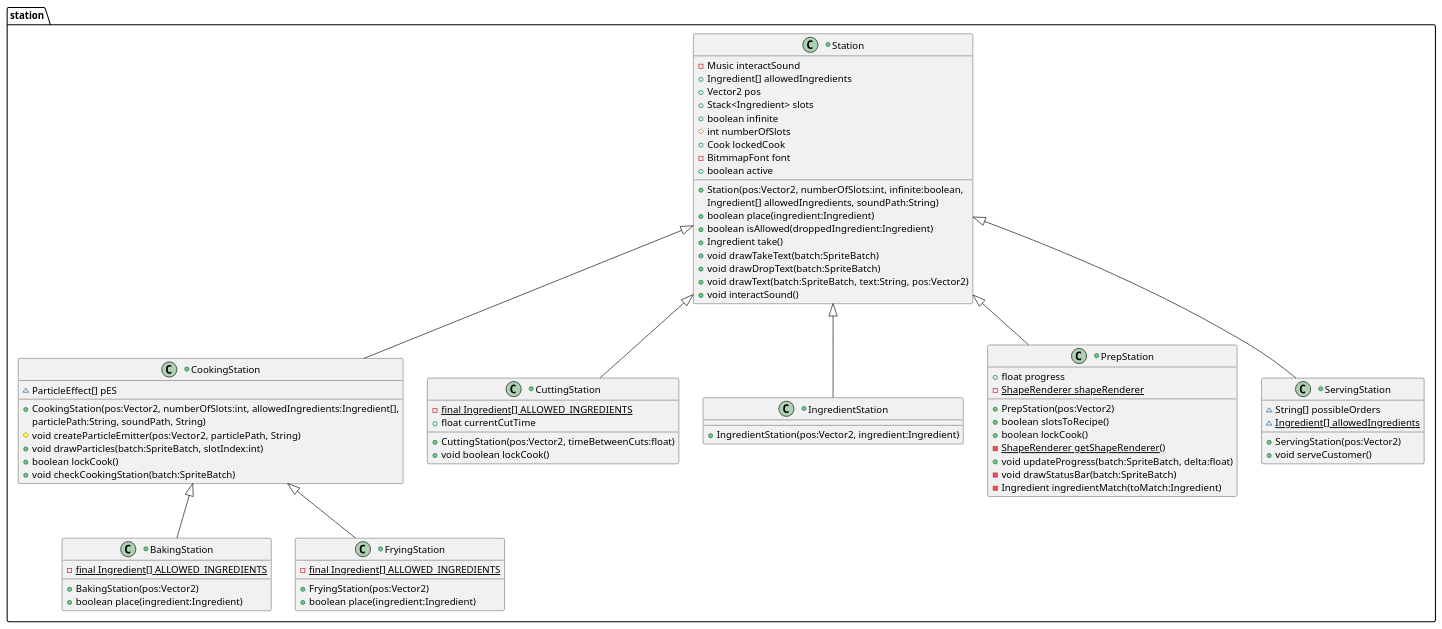
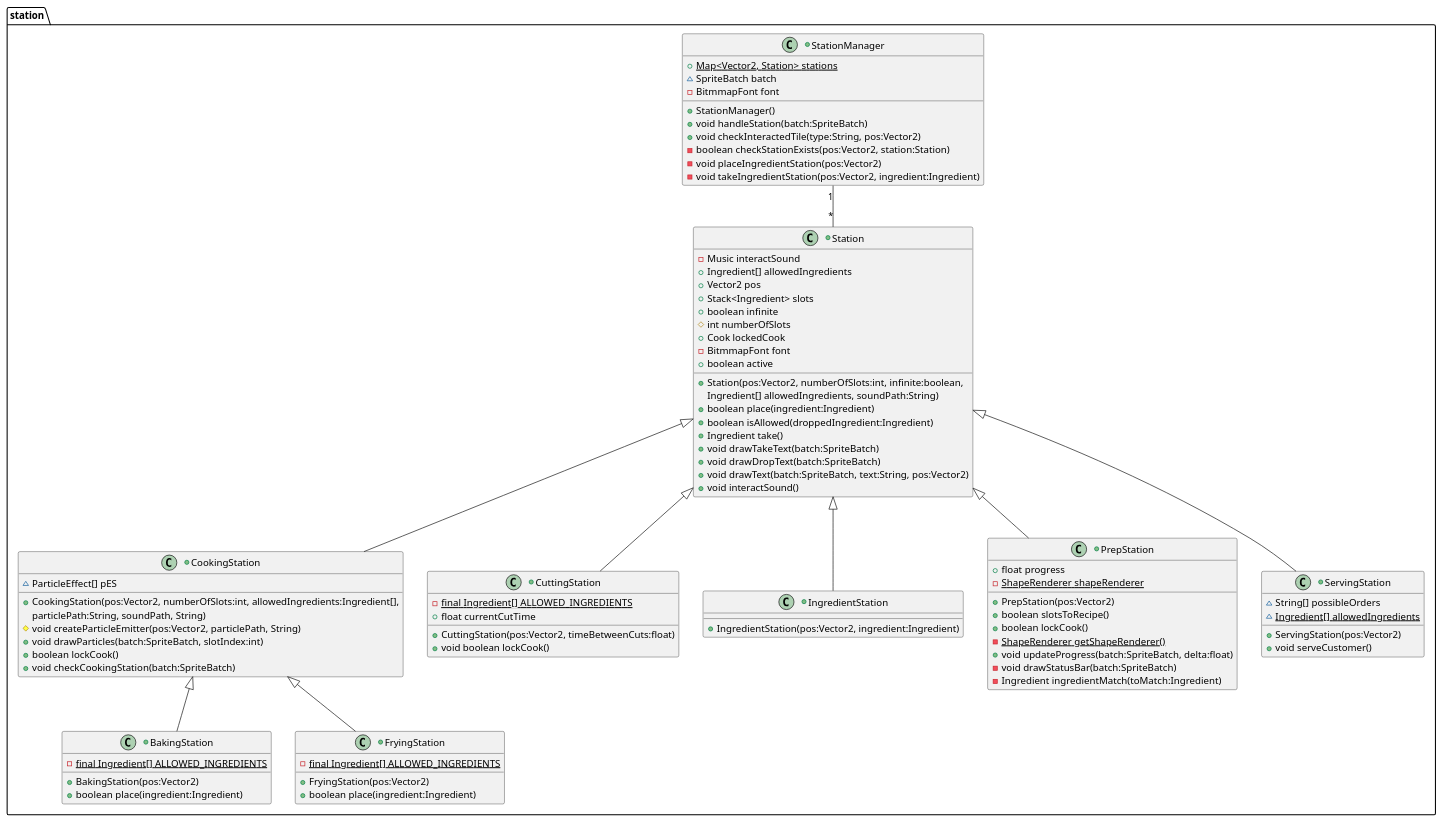
Before and after one commit to decassociation/project_eng1_team3: the diagram in UMLDiagrams/station_package.puml, drawn with PlantUML.

Commit message:
Finished station_package.puml

```diff
--- a/UMLDiagrams/station_package.puml
+++ b/UMLDiagrams/station_package.puml
@@ -1,81 +1,95 @@
 @startuml
 'https://plantuml.com/class-diagram
 
 package "station"{
+
+StationManager "1" -- "*" Station
 
 +class BakingStation extends CookingStation{
 -{static} final Ingredient[] ALLOWED_INGREDIENTS
 +BakingStation(pos:Vector2)
 +boolean place(ingredient:Ingredient)
 }
 
 +class CookingStation extends Station{
 ~ParticleEffect[] pES
 +CookingStation(pos:Vector2, numberOfSlots:int, allowedIngredients:Ingredient[],
  particlePath:String, soundPath, String)
 #void createParticleEmitter(pos:Vector2, particlePath, String)
 +void drawParticles(batch:SpriteBatch, slotIndex:int)
 +boolean lockCook()
 +void checkCookingStation(batch:SpriteBatch)
 }
 
 +class CuttingStation extends Station{
 -{static} final Ingredient[] ALLOWED_INGREDIENTS
 +float currentCutTime
 +CuttingStation(pos:Vector2, timeBetweenCuts:float)
 +void boolean lockCook()
 }
 
 +class FryingStation extends CookingStation{
 -{static} final Ingredient[] ALLOWED_INGREDIENTS
 +FryingStation(pos:Vector2)
 +boolean place(ingredient:Ingredient)
 }
 
 +class IngredientStation extends Station{
 +IngredientStation(pos:Vector2, ingredient:Ingredient)
 }
 
 +class PrepStation extends Station{
 +float progress
 -{static} ShapeRenderer shapeRenderer
 +PrepStation(pos:Vector2)
 +boolean slotsToRecipe()
 +boolean lockCook()
 -{static} ShapeRenderer getShapeRenderer()
 +void updateProgress(batch:SpriteBatch, delta:float)
 -void drawStatusBar(batch:SpriteBatch)
 -Ingredient ingredientMatch(toMatch:Ingredient)
 }
 
 +class ServingStation extends Station{
 ~String[] possibleOrders
 ~{static} Ingredient[] allowedIngredients
 +ServingStation(pos:Vector2)
 +void serveCustomer()
 }
 
 +class Station{
 -Music interactSound
 +Ingredient[] allowedIngredients
 +Vector2 pos
 +Stack<Ingredient> slots
 +boolean infinite
 #int numberOfSlots
 +Cook lockedCook
 -BitmmapFont font
 +boolean active
 +Station(pos:Vector2, numberOfSlots:int, infinite:boolean,
  Ingredient[] allowedIngredients, soundPath:String)
 +boolean place(ingredient:Ingredient)
 +boolean isAllowed(droppedIngredient:Ingredient)
 +Ingredient take()
 +void drawTakeText(batch:SpriteBatch)
 +void drawDropText(batch:SpriteBatch)
 +void drawText(batch:SpriteBatch, text:String, pos:Vector2)
 +void interactSound()
 }
 
++class StationManager{
++{static} Map<Vector2, Station> stations
+~SpriteBatch batch
+-BitmmapFont font
++StationManager()
++void handleStation(batch:SpriteBatch)
++void checkInteractedTile(type:String, pos:Vector2)
+-boolean checkStationExists(pos:Vector2, station:Station)
+-void placeIngredientStation(pos:Vector2)
+-void takeIngredientStation(pos:Vector2, ingredient:Ingredient)
+}
+
 }
 
 @enduml
```
